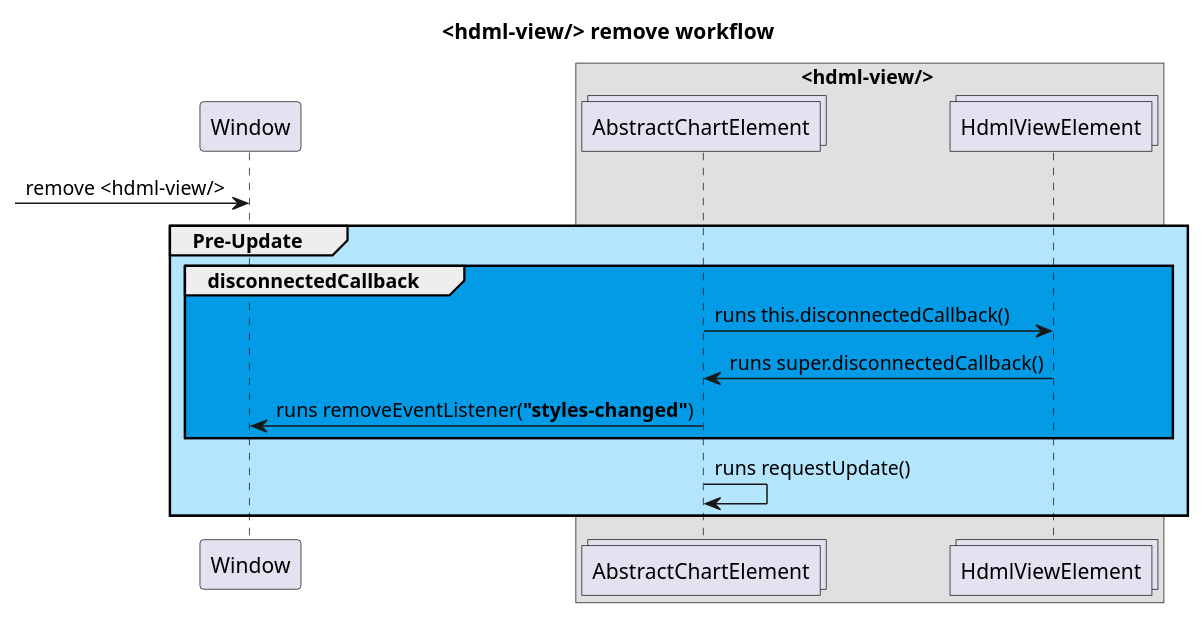
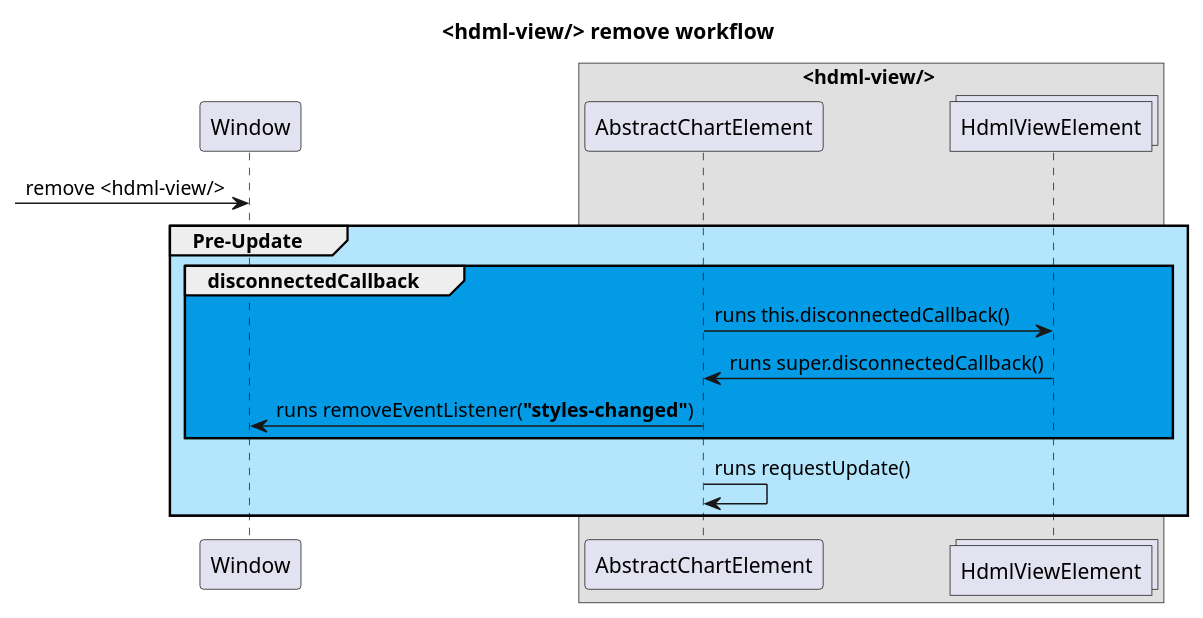
Before and after one commit to hdml-github/hdml: the fifth of 11 diagrams in uml/puml/charts.puml, drawn with PlantUML. The commit also changed other lines of this file and 12 other files, not shown here.

```diff
--- a/uml/puml/charts.puml
+++ b/uml/puml/charts.puml
@@ -171,23 +180,23 @@
 @startuml hdml_view_remove
   title <hdml-view/> remove workflow
 
   participant Window
 
   box <hdml-view/> #e0e0e0
-    collections AbstractChartElement
+    participant AbstractChartElement
     collections HdmlViewElement
   end box
 
   -> Window: remove <hdml-view/>
 
   group #b3e5fc Pre-Update
 
     group #039be5 disconnectedCallback
       AbstractChartElement -> HdmlViewElement: runs this.disconnectedCallback()
       AbstractChartElement <- HdmlViewElement: runs super.disconnectedCallback()
       AbstractChartElement -> Window: runs removeEventListener(<b>"styles-changed"</b>)
     end
 
     AbstractChartElement -> AbstractChartElement: runs requestUpdate()
   end
 @enduml
```
